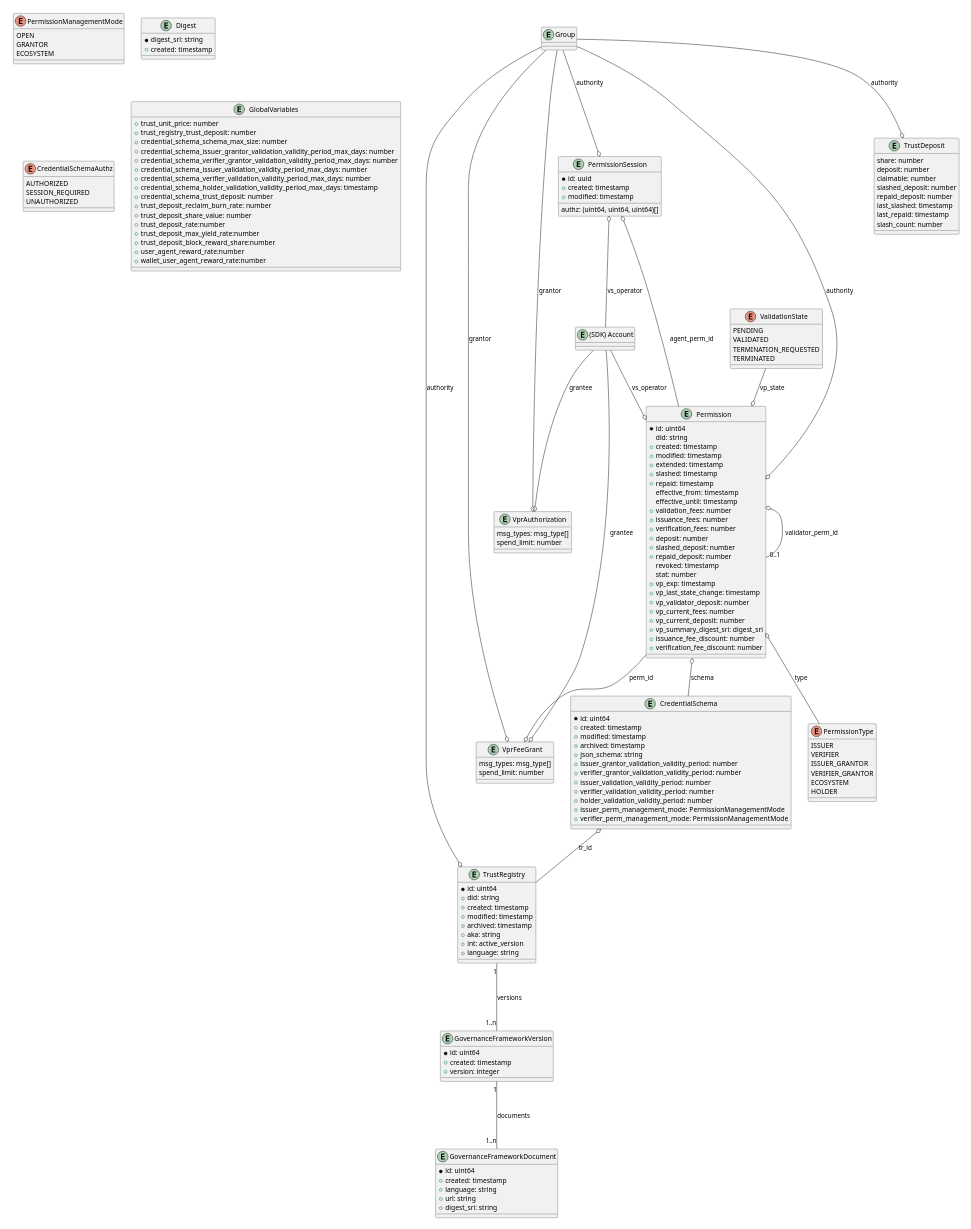
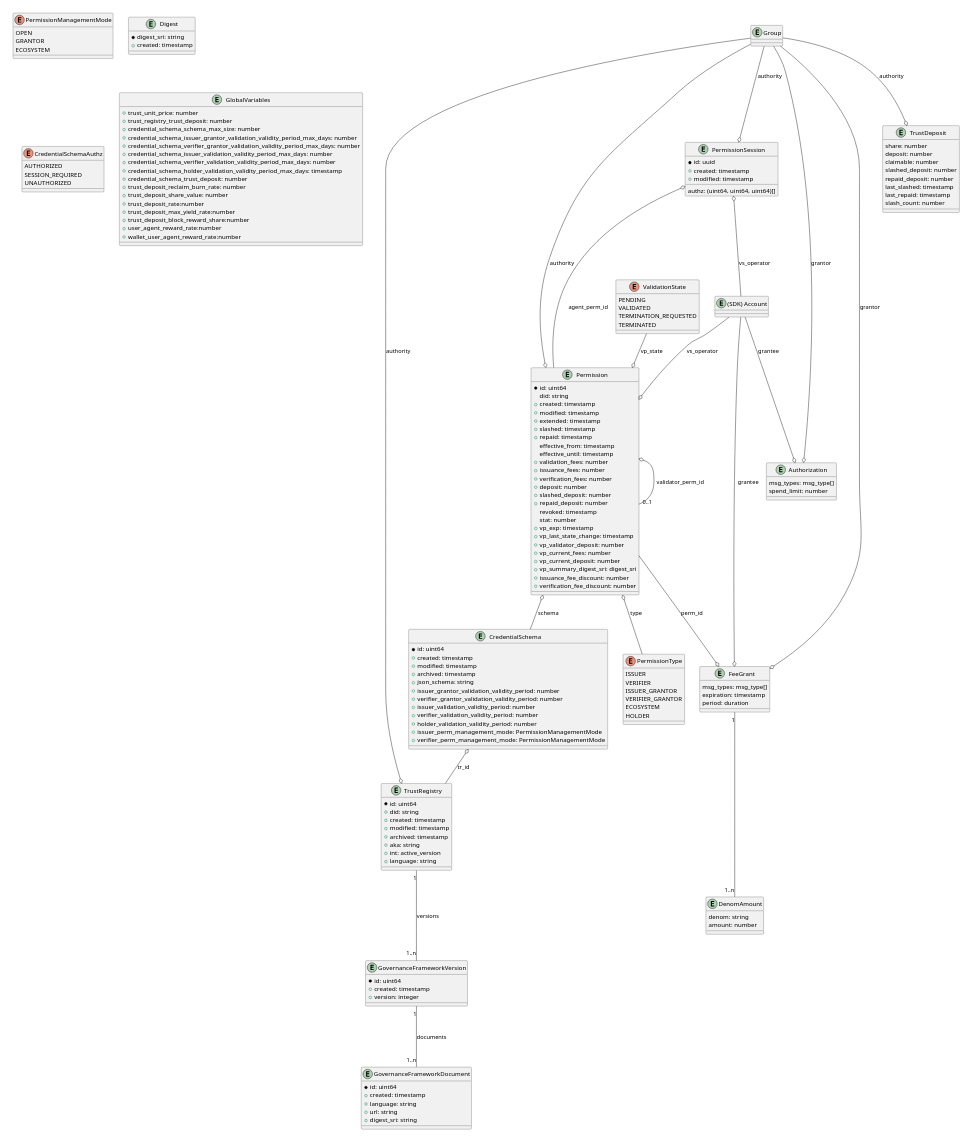
One commit to verana-labs/verifiable-trust-vpr-spec changed diagram 12 of 20 in spec.md. Above: the diagram before and after it, drawn with PlantUML. The commit also changed other lines of this file and 1 other file, not shown here.

```diff
--- a/spec.md
+++ b/spec.md
@@ -985,14 +985,20 @@
 entity "Group" as group {
 }
 
-entity "VprAuthorization" as authz {
+entity "Authorization" as authz {
    msg_types: msg_type[]
    spend_limit: number
 }
 
-entity "VprFeeGrant" as feegrant {
+entity "DenomAmount" as da {
+  denom: string
+  amount: number
+}
+
+entity "FeeGrant" as feegrant {
    msg_types: msg_type[]
-   spend_limit: number
+   expiration: timestamp
+   period: duration
 }
 
 entity "Permission" as csp {
@@ -1100,6 +1106,9 @@
 csp o-- "0..1" csp: validator_perm_id
 cs o-- tr: tr_id
 
+feegrant "1" --- "1..n" da
+
+
 tr "1" --- "1..n" gfv: versions 
 gfv "1" --- "1..n" gfd: documents 
 
```
